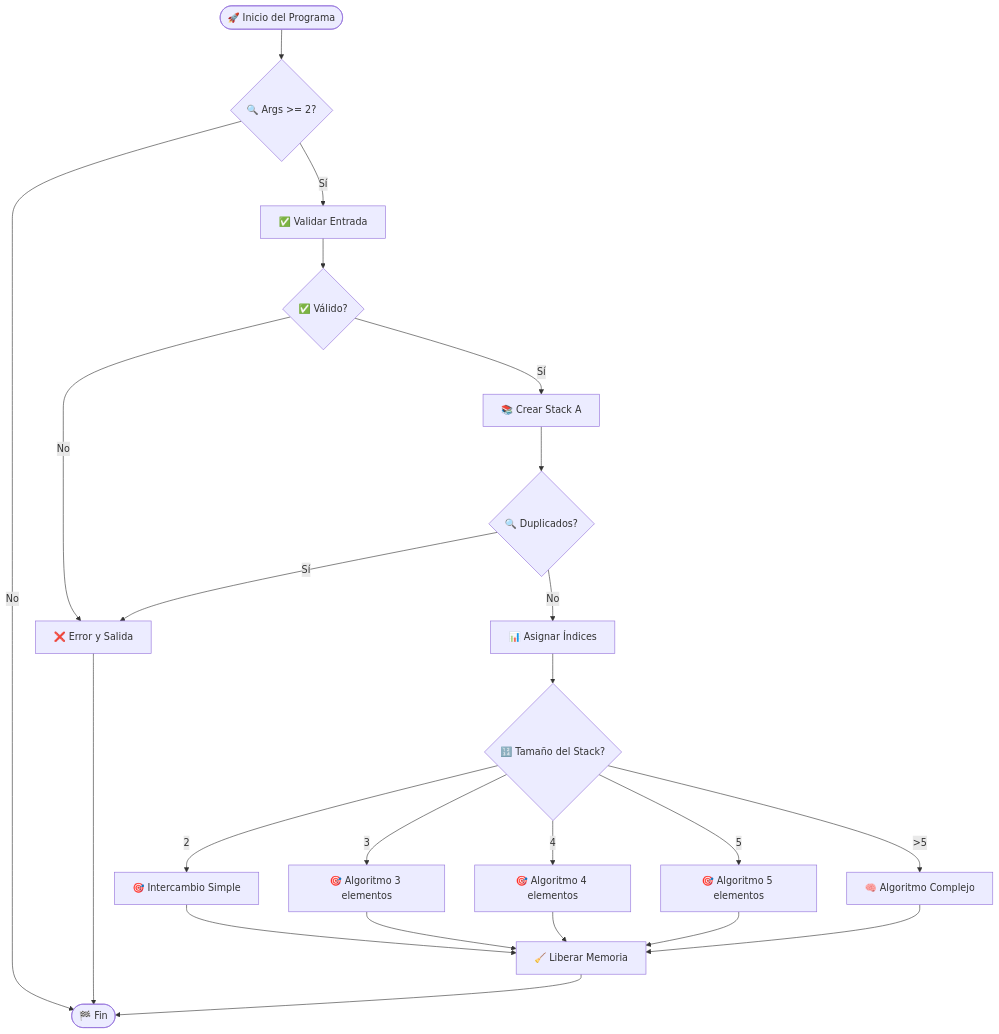
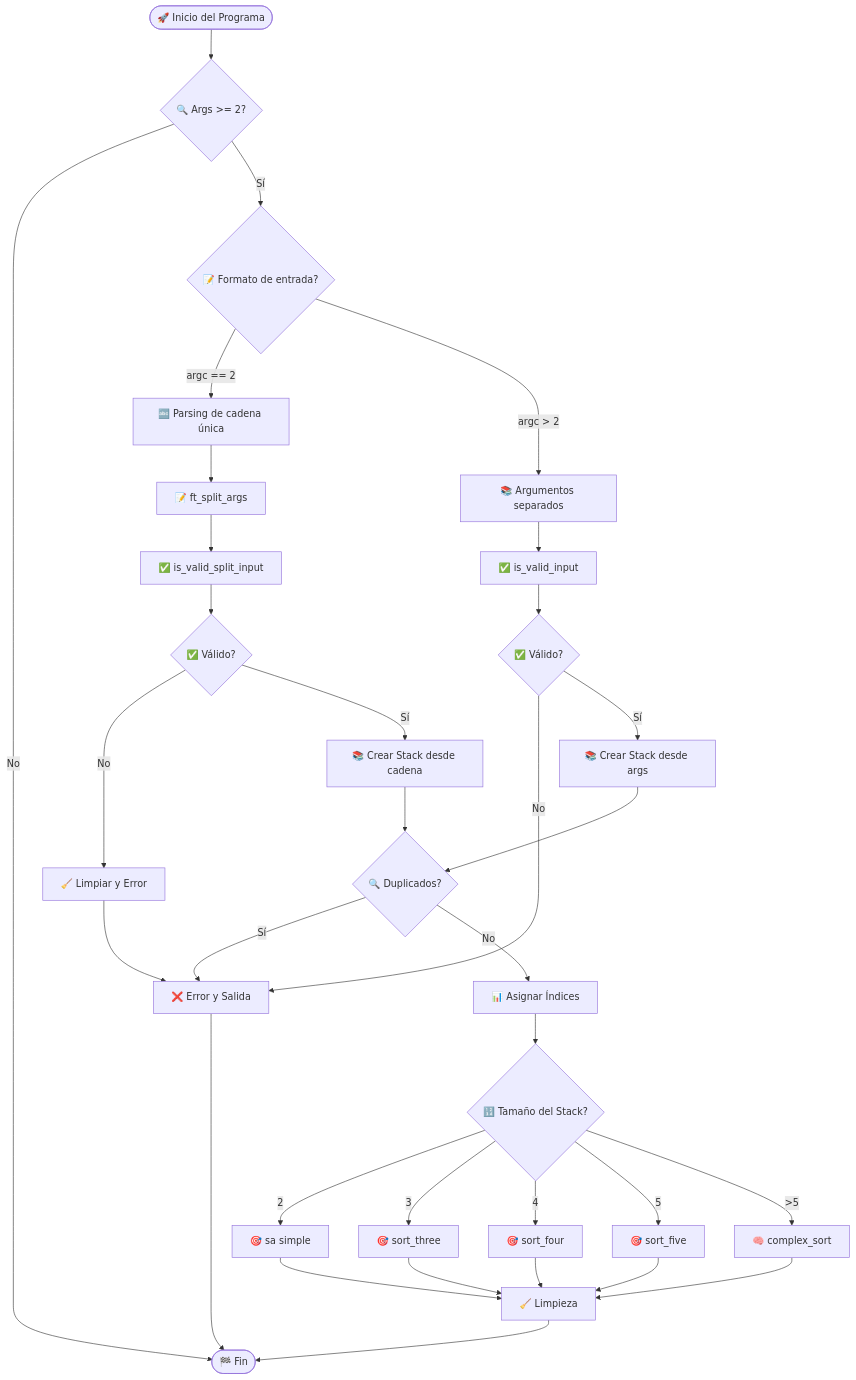
One commit to otakugodie/42-summer2024Lisboa changed the second of 9 diagrams in 42cursus/push_swap/exercises/project/project_documentation.md. Above: the diagram before and after it, drawn with Mermaid. The commit also changed other lines of this file and 6 other files, not shown here.

Commit message:
Add split funcionality push_swap in args

````diff
--- a/42cursus/push_swap/exercises/project/project_documentation.md
+++ b/42cursus/push_swap/exercises/project/project_documentation.md
@@ -114,30 +108,42 @@
 ```mermaid
 flowchart TD
     Start([🚀 Inicio del Programa]) --> Args{🔍 Args >= 2?}
     Args -->|No| End([🏁 Fin])
-    Args -->|Sí| Validate[✅ Validar Entrada]
+    Args -->|Sí| Format{📝 Formato de entrada?}
     
-    Validate --> ValidCheck{✅ Válido?}
-    ValidCheck -->|No| Error[❌ Error y Salida]
-    ValidCheck -->|Sí| CreateStack[📚 Crear Stack A]
+    Format -->|argc == 2| StringParsing[🔤 Parsing de cadena única]
+    Format -->|argc > 2| ArgParsing[📚 Argumentos separados]
     
-    CreateStack --> CheckDupes{🔍 Duplicados?}
+    StringParsing --> SplitArgs[📝 ft_split_args]
+    SplitArgs --> ValidateString[✅ is_valid_split_input]
+    ValidateString --> ValidStringCheck{✅ Válido?}
+    ValidStringCheck -->|No| CleanupError[🧹 Limpiar y Error]
+    ValidStringCheck -->|Sí| CreateStackString[📚 Crear Stack desde cadena]
+    
+    ArgParsing --> ValidateArgs[✅ is_valid_input]
+    ValidateArgs --> ValidArgsCheck{✅ Válido?}
+    ValidArgsCheck -->|No| Error[❌ Error y Salida]
+    ValidArgsCheck -->|Sí| CreateStackArgs[📚 Crear Stack desde args]
+    
+    CreateStackString --> CheckDupes{🔍 Duplicados?}
+    CreateStackArgs --> CheckDupes
+    CleanupError --> Error
+    
     CheckDupes -->|Sí| Error
     CheckDupes -->|No| AssignIndex[📊 Asignar Índices]
     
     AssignIndex --> Size{🔢 Tamaño del Stack?}
-    Size -->|2| Simple2[🎯 Intercambio Simple]
-    Size -->|3| Simple3[🎯 Algoritmo 3 elementos]
-    Size -->|4| Simple4[🎯 Algoritmo 4 elementos] 
-    Size -->|5| Simple5[🎯 Algoritmo 5 elementos]
-    Size -->|>5| Complex[🧠 Algoritmo Complejo]
+    Size -->|2| Simple2[🎯 sa simple]
+    Size -->|3| Simple3[🎯 sort_three]
+    Size -->|4| Simple4[🎯 sort_four]
+    Size -->|5| Simple5[🎯 sort_five]
+    Size -->|>5| Complex[🧠 complex_sort]
     
-    Simple2 --> Cleanup[🧹 Liberar Memoria]
+    Simple2 --> Cleanup[🧹 Limpieza]
     Simple3 --> Cleanup
     Simple4 --> Cleanup
     Simple5 --> Cleanup
     Complex --> Cleanup
-    
     Cleanup --> End
     Error --> End
 ```
````
